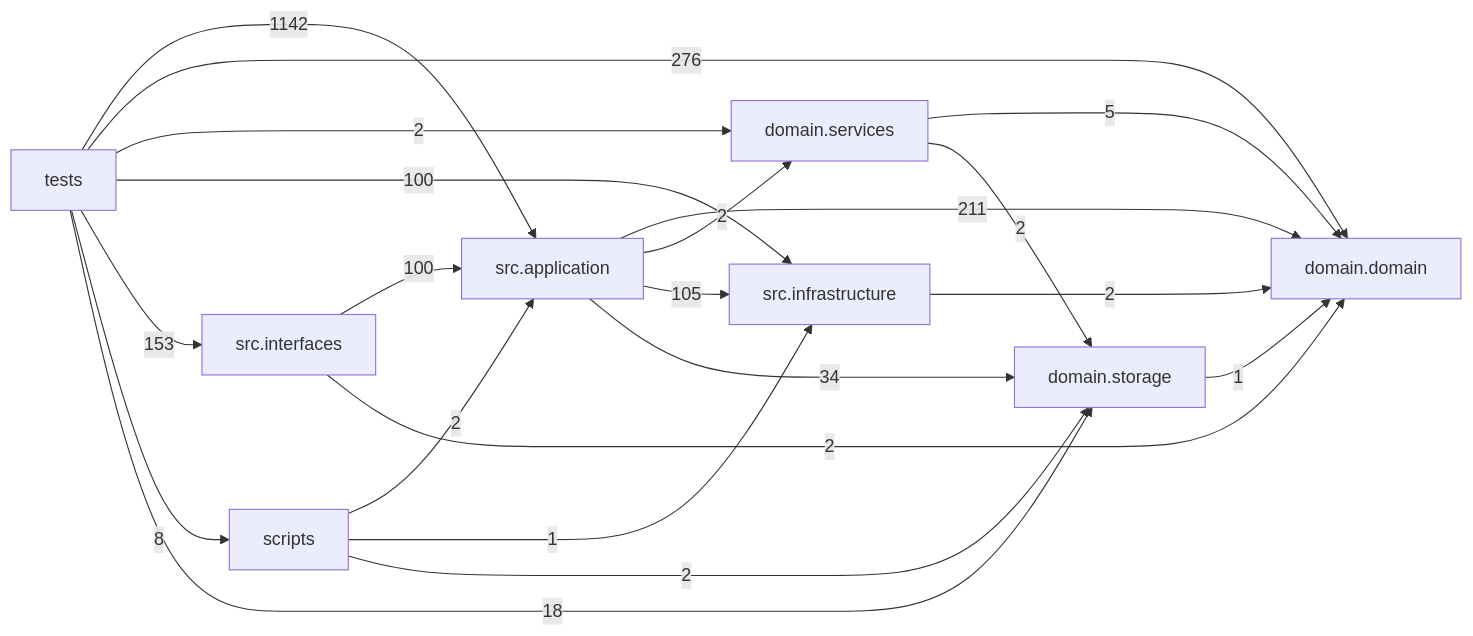
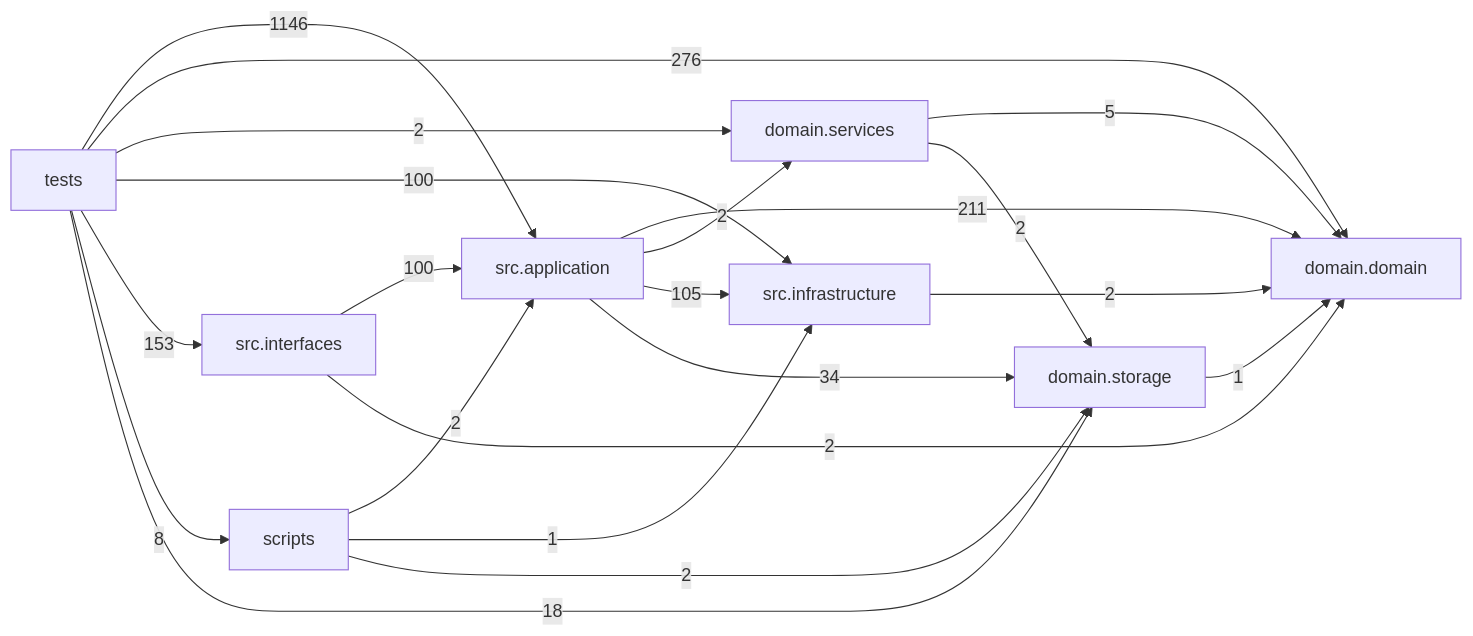
Before and after one commit to liuxie066/options-monitor: the diagram in docs/DEPENDENCY_GRAPH.md, drawn with Mermaid. The commit also changed other lines of this file and 5 other files, not shown here.

````diff
--- a/docs/DEPENDENCY_GRAPH.md
+++ b/docs/DEPENDENCY_GRAPH.md
@@ -24,31 +24,31 @@
 ```mermaid
 flowchart LR
   tests["tests"]
   scripts["scripts"]
   interfaces["src.interfaces"]
   application["src.application"]
   infrastructure["src.infrastructure"]
   domain_services["domain.services"]
   domain["domain.domain"]
   storage["domain.storage"]
   application -->|211| domain
   application -->|2| domain_services
   application -->|105| infrastructure
   application -->|34| storage
   domain_services -->|5| domain
   domain_services -->|2| storage
   infrastructure -->|2| domain
   interfaces -->|100| application
   interfaces -->|2| domain
   scripts -->|2| application
   scripts -->|1| infrastructure
   scripts -->|2| storage
   storage -->|1| domain
-  tests -->|1142| application
+  tests -->|1146| application
   tests -->|276| domain
   tests -->|2| domain_services
   tests -->|100| infrastructure
   tests -->|153| interfaces
   tests -->|8| scripts
   tests -->|18| storage
 ```
````
